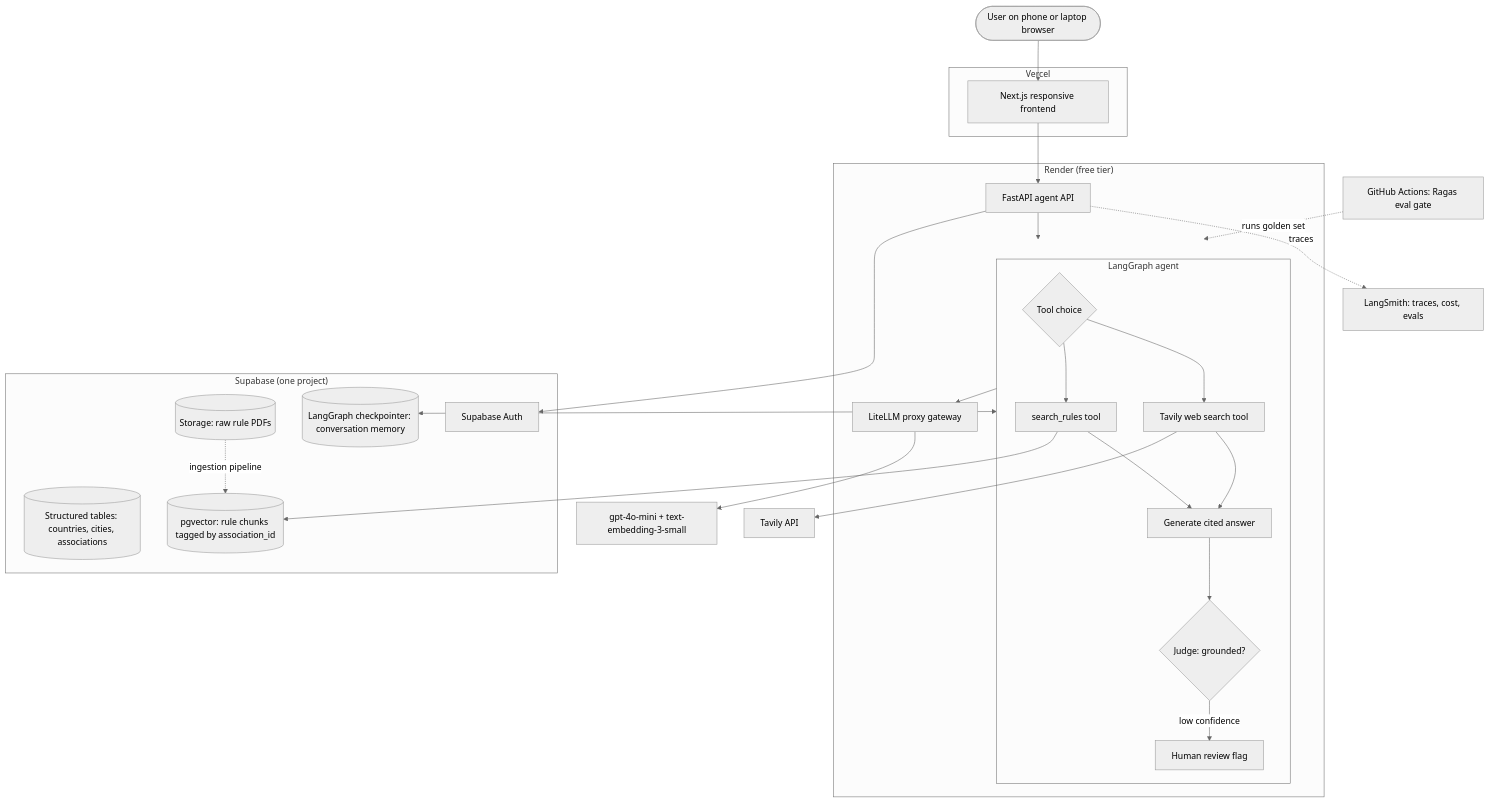
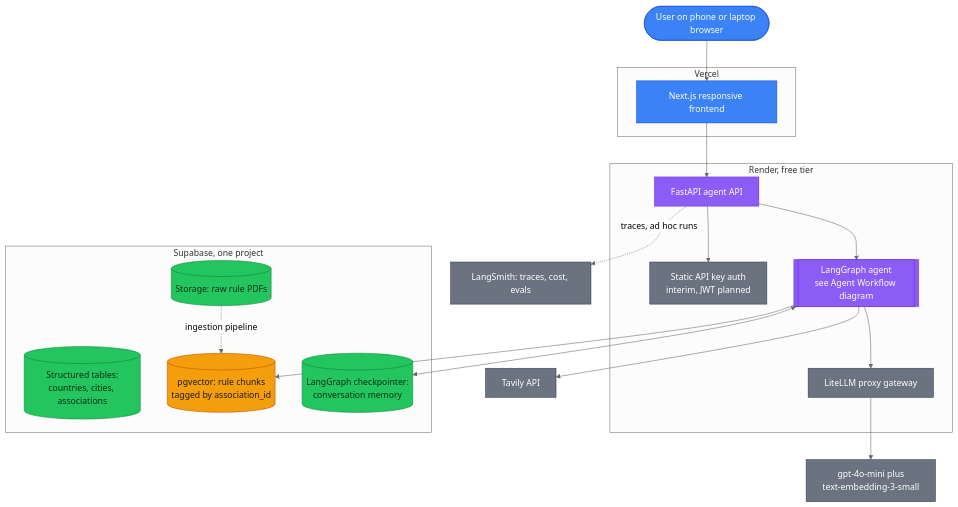
The second of 3 diagrams in docs/submission.md (ImranQasim/lexisport-cricket-rule-agent), drawn with Mermaid (neutral theme) before and after one commit. The commit also changed other lines of this file, not shown here.

````diff
--- a/docs/submission.md
+++ b/docs/submission.md
@@ -19,49 +56,54 @@
 ```mermaid
 flowchart TD
     User([User on phone or laptop browser])
 
     subgraph Vercel["Vercel"]
         FE[Next.js responsive frontend]
     end
 
-    subgraph Render["Render (free tier)"]
+    subgraph Render["Render, free tier"]
         API[FastAPI agent API]
+        AuthKey[Static API key auth
+interim, JWT planned]
         Gateway[LiteLLM proxy gateway]
-        subgraph Agent["LangGraph agent"]
-            Route{Tool choice}
-            Rules[search_rules tool]
-            Web[Tavily web search tool]
-            Gen[Generate cited answer]
-            Judge{Judge: grounded?}
-            Review[Human review flag]
-        end
+        Agent[[LangGraph agent
+see Agent Workflow diagram]]
     end
 
-    subgraph Supabase["Supabase (one project)"]
-        SQL[(Structured tables: countries, cities, associations)]
-        Vec[(pgvector: rule chunks tagged by association_id)]
+    subgraph Supabase["Supabase, one project"]
+        SQL[(Structured tables:
+countries, cities, associations)]
+        Vec[(pgvector: rule chunks
+tagged by association_id)]
         Bucket[(Storage: raw rule PDFs)]
-        Mem[(LangGraph checkpointer: conversation memory)]
-        Auth[Supabase Auth]
+        Mem[(LangGraph checkpointer:
+conversation memory)]
     end
 
-    OpenAI[gpt-4o-mini + text-embedding-3-small]
+    OpenAI[gpt-4o-mini plus
+text-embedding-3-small]
     Tavily[Tavily API]
     LS[LangSmith: traces, cost, evals]
-    CI[GitHub Actions: Ragas eval gate]
 
     User --> FE --> API
-    API --> Auth
+    API --> AuthKey
     API --> Agent
-    Route --> Rules --> Vec
-    Route --> Web --> Tavily
-    Rules --> Gen
-    Web --> Gen
-    Gen --> Judge
-    Judge -->|low confidence| Review
+    Agent --> Vec
+    Agent --> Tavily
     Agent <--> Mem
     Agent --> Gateway --> OpenAI
     Bucket -. ingestion pipeline .-> Vec
-    API -. traces .-> LS
-    CI -. runs golden set .-> Agent
+    API -. traces, ad hoc runs .-> LS
+
+    classDef userFacing fill:#3b82f6,color:#ffffff,stroke:#1d4ed8,stroke-width:1px
+    classDef agentGraph fill:#8b5cf6,color:#ffffff,stroke:#6d28d9,stroke-width:1px
+    classDef retrievalData fill:#f59e0b,color:#1a1a1a,stroke:#b45309,stroke-width:1px
+    classDef storageSuccess fill:#22c55e,color:#0a2e12,stroke:#15803d,stroke-width:1px
+    classDef externalSvc fill:#6b7280,color:#ffffff,stroke:#374151,stroke-width:1px
+
+    class User,FE userFacing
+    class API,Agent agentGraph
+    class Vec retrievalData
+    class SQL,Bucket,Mem storageSuccess
+    class AuthKey,Gateway,OpenAI,Tavily,LS externalSvc
 ```
````
